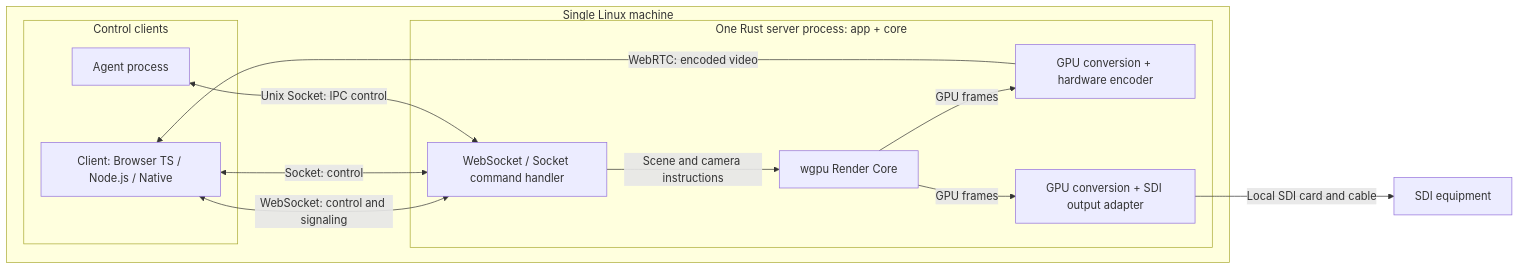
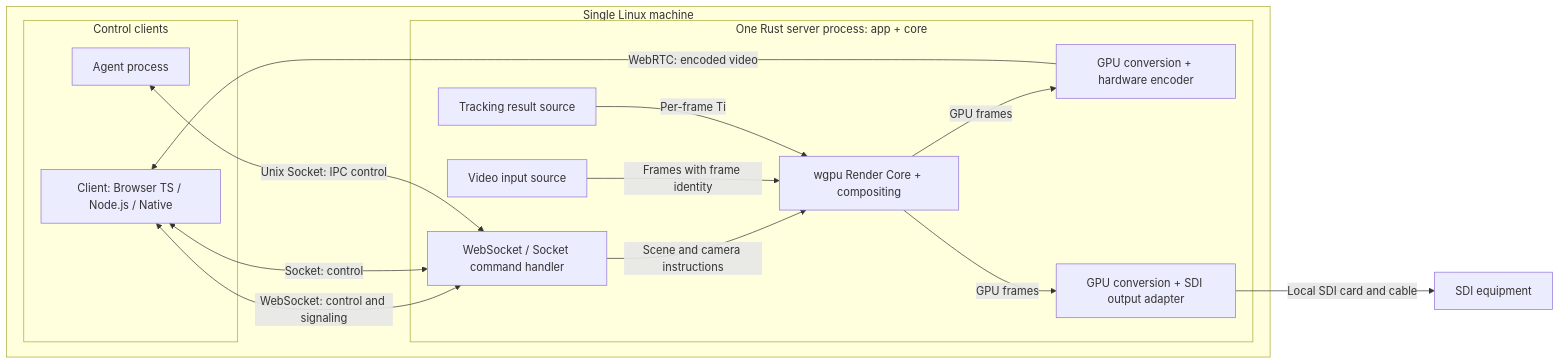
The diagram in docs/render-server-client-design.md (xiaoyxue/chr), drawn with Mermaid before and after one commit. The commit also changed other lines of this file and 1 other file, not shown here.

First line of the commit message:
docs: split render server design into simulated and hardware phases

````diff
--- a/docs/render-server-client-design.md
+++ b/docs/render-server-client-design.md
@@ -32,24 +34,28 @@
 ```mermaid
 flowchart LR
     subgraph host["Single Linux machine"]
         subgraph clients["Control clients"]
             client["Client: Browser TS / Node.js / Native"]
             agent["Agent process"]
         end
         subgraph process["One Rust server process: app + core"]
             control["WebSocket / Socket command handler"]
-            core["wgpu Render Core"]
+            input["Video input source"]
+            track["Tracking result source"]
+            core["wgpu Render Core + compositing"]
             encode["GPU conversion + hardware encoder"]
             sdi["GPU conversion + SDI output adapter"]
 
             control -->|"Scene and camera instructions"| core
+            input -->|"Frames with frame identity"| core
+            track -->|"Per-frame Ti"| core
             core -->|"GPU frames"| encode
             core -->|"GPU frames"| sdi
         end
         client <-->|"WebSocket: control and signaling"| control
         client <-->|"Socket: control"| control
         agent <-->|"Unix Socket: IPC control"| control
         encode -->|"WebRTC: encoded video"| client
     end
     sdi -->|"Local SDI card and cable"| equipment["SDI equipment"]
 ```
````
